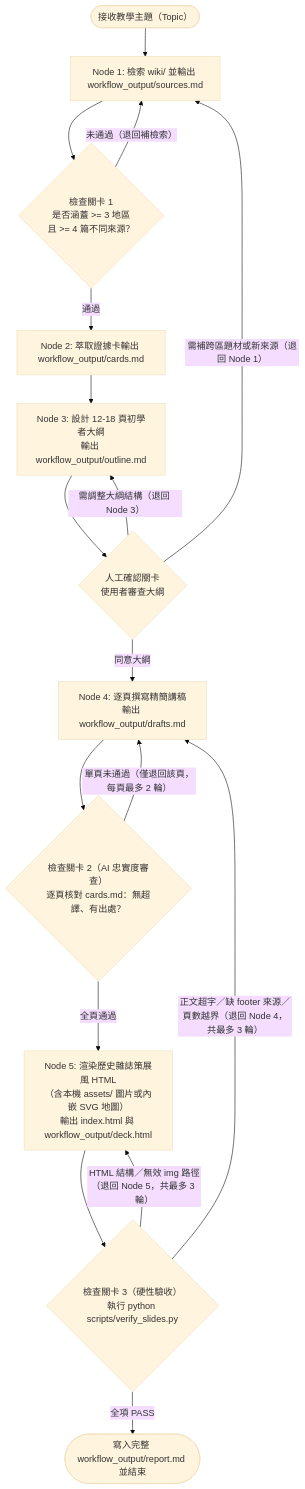
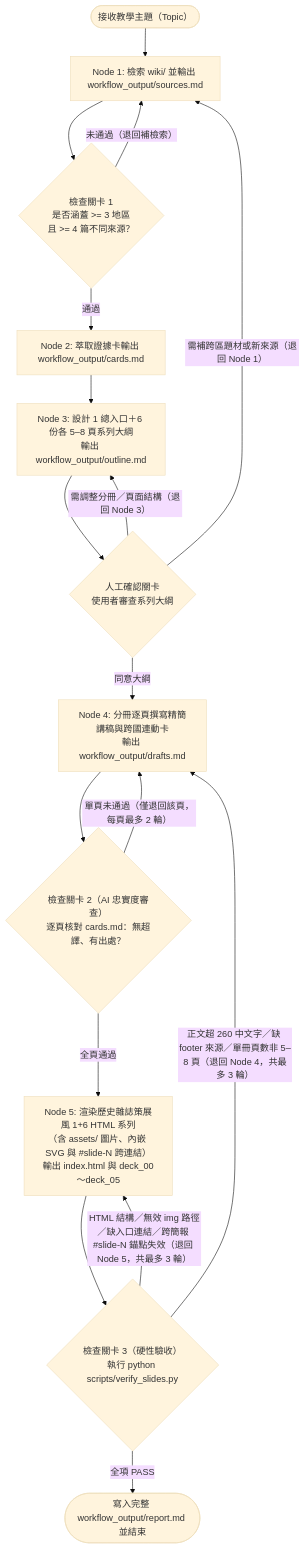
One commit to raber18/ww-socialism-wiki changed the diagram in .agents/workflows/topic-slides.md. Above: the diagram before and after it, drawn with Mermaid (base theme). The commit also changed other lines of this file and 1 other file, not shown here.

Commit message:
refactor: support multi-deck series and cross-link verification

````diff
--- a/.agents/workflows/topic-slides.md
+++ b/.agents/workflows/topic-slides.md
@@ -28,19 +36,19 @@
 ```mermaid
 flowchart TD
     Start(["接收教學主題（Topic）"]) --> N1["Node 1: 檢索 wiki/ 並輸出 workflow_output/sources.md"]
     N1 --> G1{"檢查關卡 1<br/>是否涵蓋 >= 3 地區<br/>且 >= 4 篇不同來源？"}
     G1 -- "未通過（退回補檢索）" --> N1
     G1 -- "通過" --> N2["Node 2: 萃取證據卡輸出 workflow_output/cards.md"]
-    N2 --> N3["Node 3: 設計 12-18 頁初學者大綱<br/>輸出 workflow_output/outline.md"]
-    N3 --> HG{"人工確認關卡<br/>使用者審查大綱"}
-    HG -- "需調整大綱結構（退回 Node 3）" --> N3
+    N2 --> N3["Node 3: 設計 1 總入口＋6 份各 5–8 頁系列大綱<br/>輸出 workflow_output/outline.md"]
+    N3 --> HG{"人工確認關卡<br/>使用者審查系列大綱"}
+    HG -- "需調整分冊／頁面結構（退回 Node 3）" --> N3
     HG -- "需補跨區題材或新來源（退回 Node 1）" --> N1
-    HG -- "同意大綱" --> N4["Node 4: 逐頁撰寫精簡講稿<br/>輸出 workflow_output/drafts.md"]
+    HG -- "同意大綱" --> N4["Node 4: 分冊逐頁撰寫精簡講稿與跨國連動卡<br/>輸出 workflow_output/drafts.md"]
     N4 --> G2{"檢查關卡 2（AI 忠實度審查）<br/>逐頁核對 cards.md：無超譯、有出處？"}
     G2 -- "單頁未通過（僅退回該頁，每頁最多 2 輪）" --> N4
-    G2 -- "全頁通過" --> N5["Node 5: 渲染歷史雜誌策展風 HTML<br/>（含本機 assets/ 圖片或內嵌 SVG 地圖）<br/>輸出 index.html 與 workflow_output/deck.html"]
+    G2 -- "全頁通過" --> N5["Node 5: 渲染歷史雜誌策展風 1+6 HTML 系列<br/>（含 assets/ 圖片、內嵌 SVG 與 #slide-N 跨連結）<br/>輸出 index.html 與 deck_00～deck_05"]
     N5 --> G3{"檢查關卡 3（硬性驗收）<br/>執行 python scripts/verify_slides.py"}
-    G3 -- "正文超字／缺 footer 來源／頁數越界（退回 Node 4，共最多 3 輪）" --> N4
-    G3 -- "HTML 結構／無效 img 路徑（退回 Node 5，共最多 3 輪）" --> N5
+    G3 -- "正文超 260 中文字／缺 footer 來源／單冊頁數非 5–8 頁（退回 Node 4，共最多 3 輪）" --> N4
+    G3 -- "HTML 結構／無效 img 路徑／缺入口連結／跨簡報 #slide-N 錨點失效（退回 Node 5，共最多 3 輪）" --> N5
     G3 -- "全項 PASS" --> Done(["寫入完整 workflow_output/report.md 並結束"])
 ```
````
